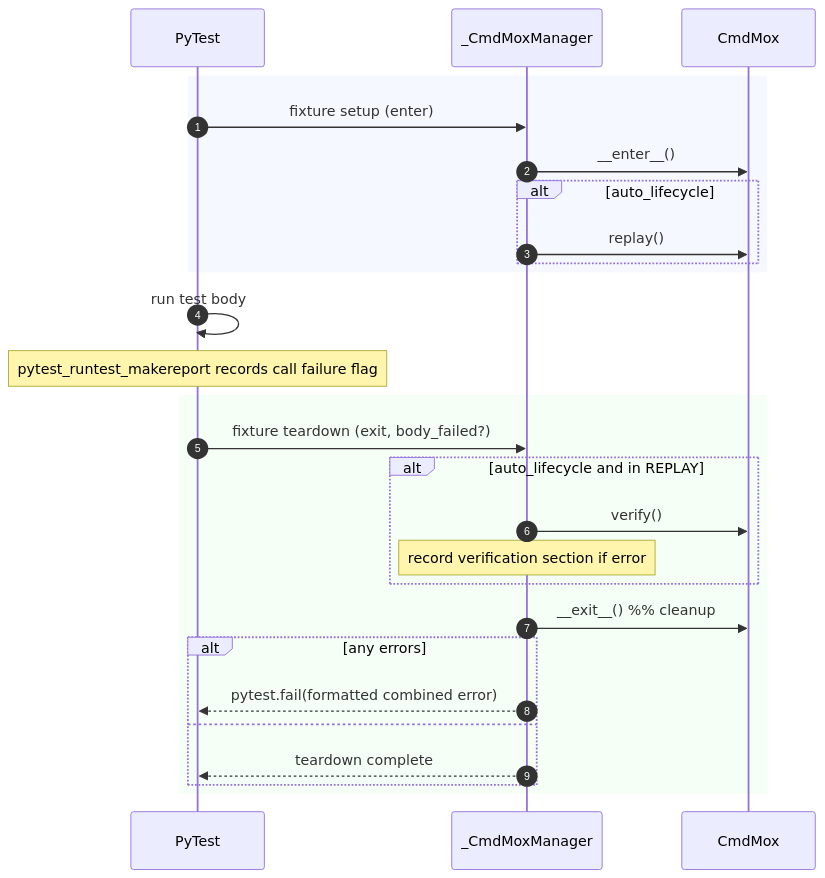
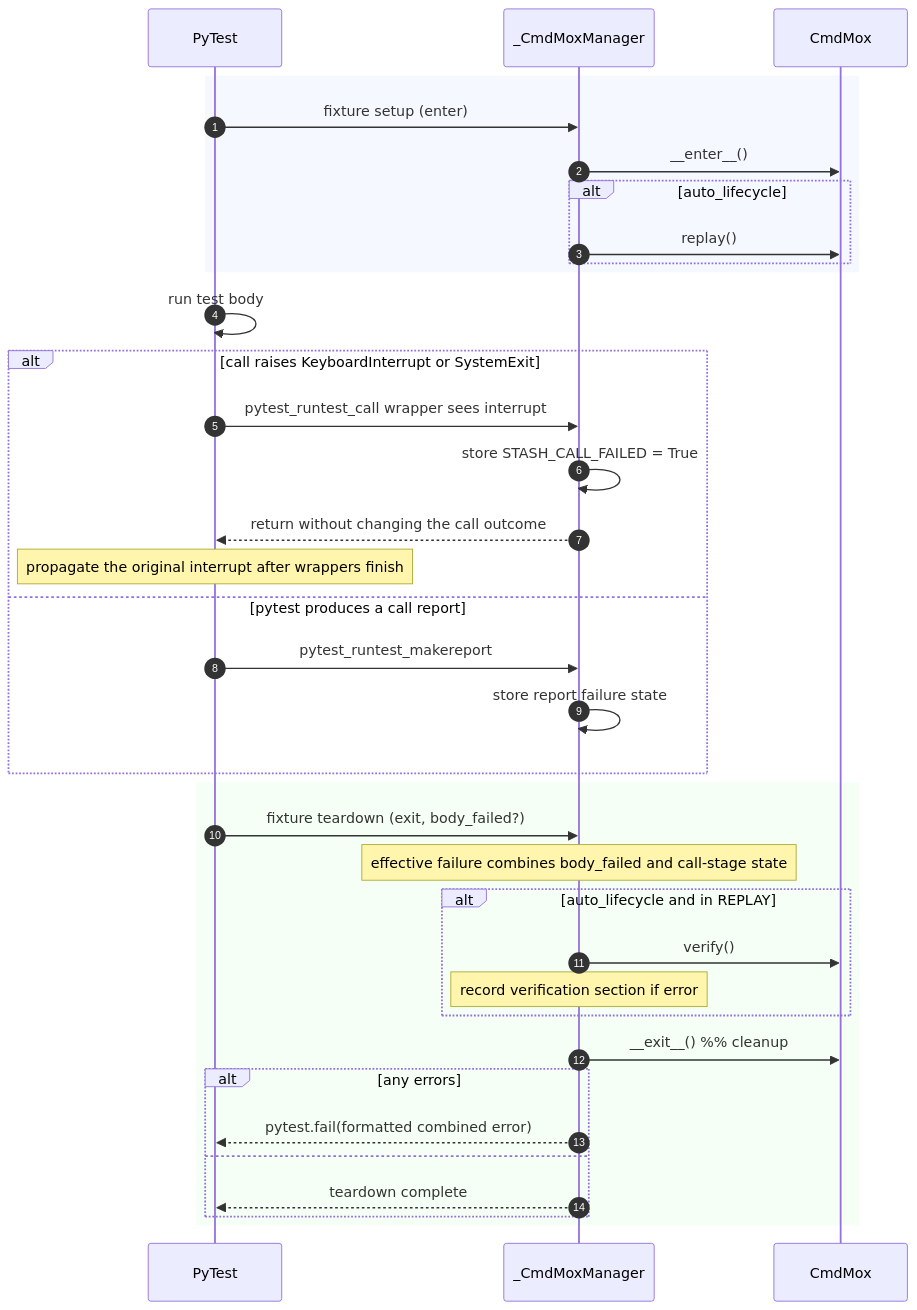
The second of 30 diagrams in docs/python-native-command-mocking-design.md (leynos/cmd-mox), drawn with Mermaid before and after one commit. The commit also changed other lines of this file and 4 other files, not shown here.

````diff
--- a/docs/python-native-command-mocking-design.md
+++ b/docs/python-native-command-mocking-design.md
@@ -399,32 +399,41 @@
 ```mermaid
 sequenceDiagram
   autonumber
   participant PyTest as PyTest
   participant Plugin as _CmdMoxManager
   participant Mox as CmdMox
 
   rect rgb(245,248,255)
     PyTest->>Plugin: fixture setup (enter)
     Plugin->>Mox: __enter__()
     alt auto_lifecycle
       Plugin->>Mox: replay()
     end
   end
 
   PyTest->>PyTest: run test body
-  note over PyTest: pytest_runtest_makereport records call failure flag
+  alt call raises KeyboardInterrupt or SystemExit
+    PyTest->>Plugin: pytest_runtest_call wrapper sees interrupt
+    Plugin->>Plugin: store STASH_CALL_FAILED = True
+    Plugin-->>PyTest: return without changing the call outcome
+    Note over PyTest: propagate the original interrupt after wrappers finish
+  else pytest produces a call report
+    PyTest->>Plugin: pytest_runtest_makereport
+    Plugin->>Plugin: store report failure state
+  end
 
   rect rgb(245,255,245)
     PyTest->>Plugin: fixture teardown (exit, body_failed?)
+    Note over Plugin: effective failure combines body_failed and call-stage state
     alt auto_lifecycle and in REPLAY
       Plugin->>Mox: verify()
       note over Plugin: record verification section if error
     end
     Plugin->>Mox: __exit__()  %% cleanup
     alt any errors
       Plugin-->>PyTest: pytest.fail(formatted combined error)
     else
       Plugin-->>PyTest: teardown complete
     end
   end
 ```
````
